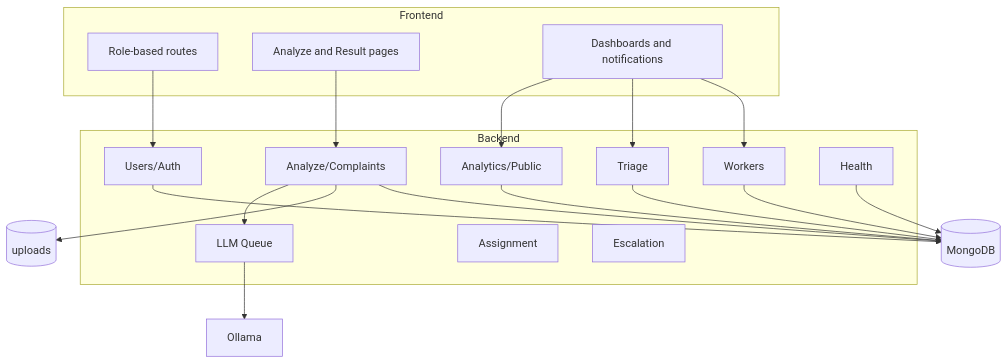
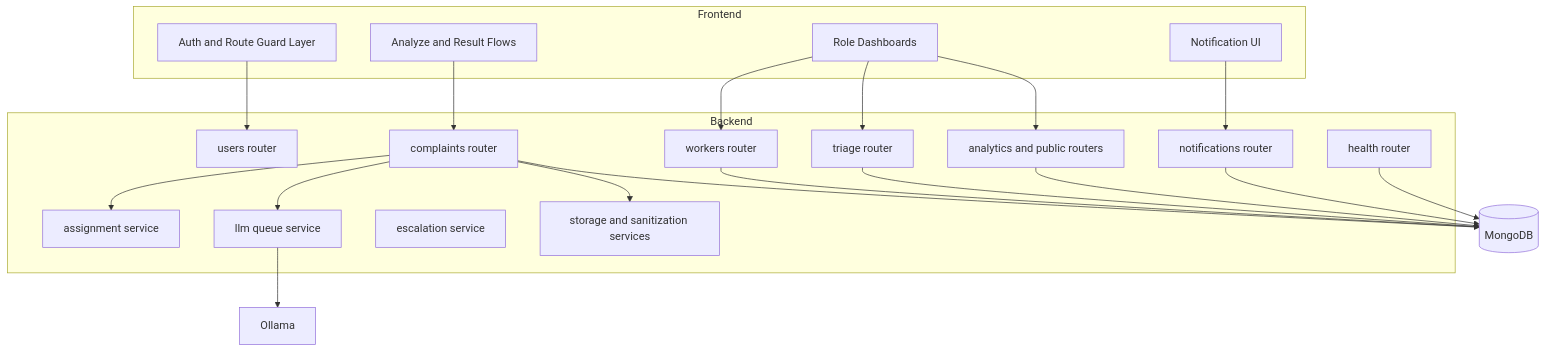
Before and after one commit to ark5234/Jan-Sunwai-AI: the second of 15 diagrams in docs/reports/PROJECT_REPORT.md, drawn with Mermaid. The commit also changed other lines of this file, not shown here.

Commit message:
docs: restructure PROJECT_REPORT.md for clarity and detail; enhance sections on problem statement, objectives, and system architecture

````diff
--- a/docs/reports/PROJECT_REPORT.md
+++ b/docs/reports/PROJECT_REPORT.md
@@ -72,37 +103,41 @@
 ```mermaid
 flowchart TB
     subgraph Frontend
-        F1[Role-based routes]
-        F2[Analyze and Result pages]
-        F3[Dashboards and notifications]
+        F1[Auth and Route Guard Layer]
+        F2[Analyze and Result Flows]
+        F3[Role Dashboards]
+        F4[Notification UI]
     end
 
     subgraph Backend
-        B1[Users/Auth]
-        B2[Analyze/Complaints]
-        B3[Workers]
-        B4[Triage]
-        B5[Analytics/Public]
-        B6[Health]
-        B7[LLM Queue]
-        B8[Assignment]
-        B9[Escalation]
+        B1[users router]
+        B2[complaints router]
+        B3[workers router]
+        B4[triage router]
+        B5[notifications router]
+        B6[analytics and public routers]
+        B7[health router]
+        S1[assignment service]
+        S2[llm queue service]
+        S3[escalation service]
+        S4[storage and sanitization services]
     end
 
     F1 --> B1
     F2 --> B2
     F3 --> B3
     F3 --> B4
-    F3 --> B5
+    F3 --> B6
+    F4 --> B5
 
-    B1 --> DB[(MongoDB)]
-    B2 --> DB
+    B2 --> S1
+    B2 --> S2
+    B2 --> S4
+    B2 --> DB[(MongoDB)]
     B3 --> DB
     B4 --> DB
     B5 --> DB
     B6 --> DB
-
-    B2 --> U[(uploads)]
-    B7 --> O[Ollama]
-    B2 --> B7
+    B7 --> DB
+    S2 --> OLLAMA[Ollama]
 ```
````
